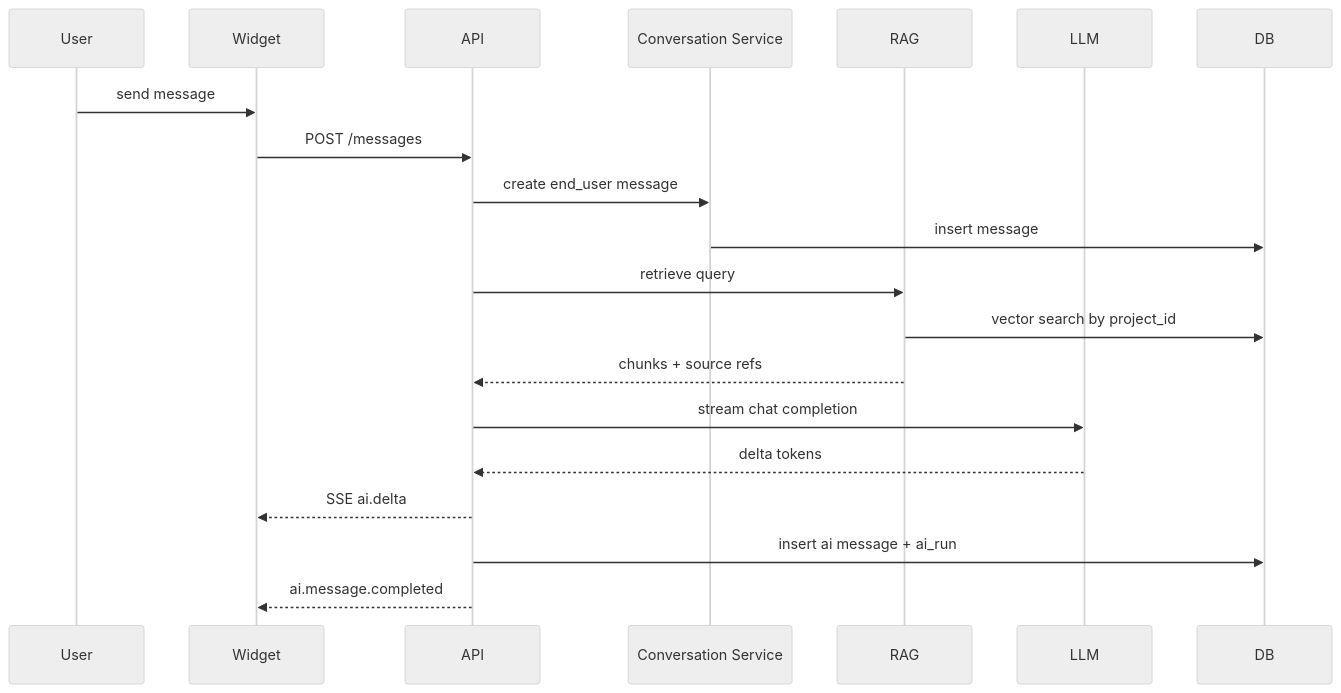
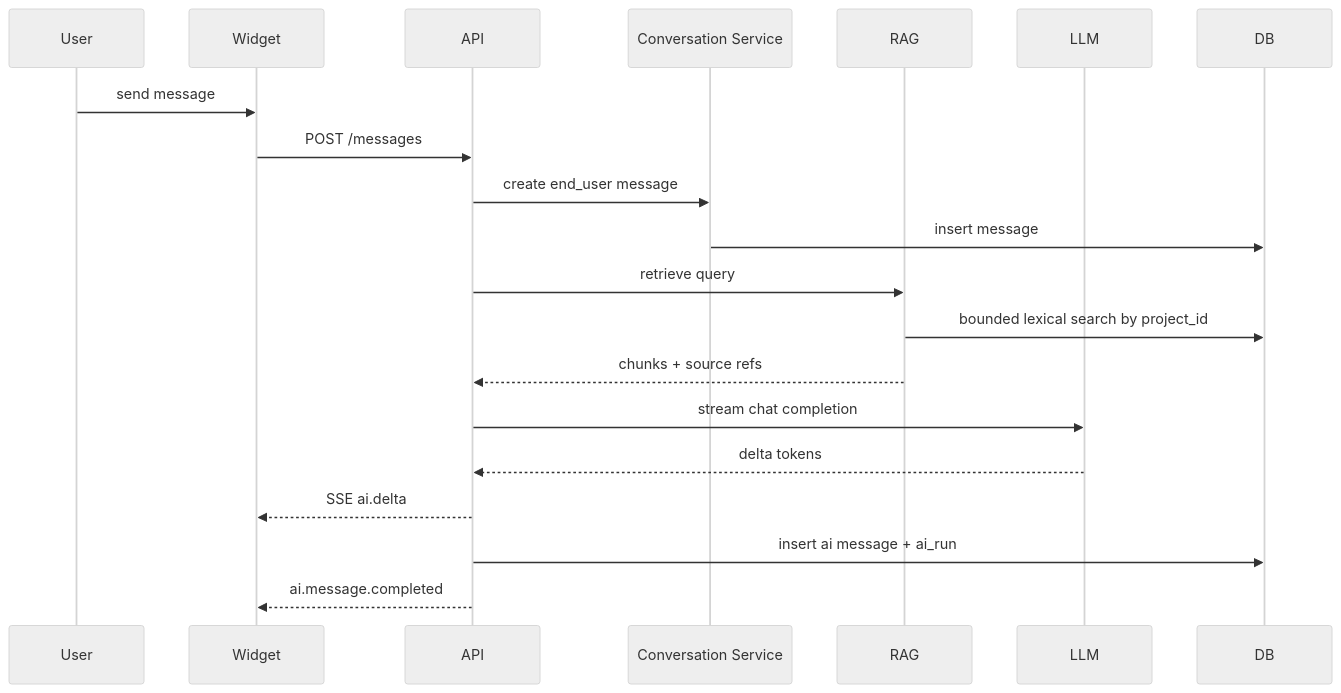
Before and after one commit to HiClawBot/OpenSupportAI: the third of 5 diagrams in docs/ARCHITECTURE.zh-CN.md, drawn with Mermaid (neutral theme). The commit also changed other lines of this file and 22 other files, not shown here.

Commit message:
Add bounded PostgreSQL lexical retrieval (#6)

````diff
--- a/docs/ARCHITECTURE.zh-CN.md
+++ b/docs/ARCHITECTURE.zh-CN.md
@@ -274,23 +276,23 @@
 ```mermaid
 sequenceDiagram
   participant User
   participant Widget
   participant API
   participant Conv as Conversation Service
   participant RAG
   participant LLM
   participant DB
 
   User->>Widget: send message
   Widget->>API: POST /messages
   API->>Conv: create end_user message
   Conv->>DB: insert message
   API->>RAG: retrieve query
-  RAG->>DB: vector search by project_id
+  RAG->>DB: bounded lexical search by project_id
   RAG-->>API: chunks + source refs
   API->>LLM: stream chat completion
   LLM-->>API: delta tokens
   API-->>Widget: SSE ai.delta
   API->>DB: insert ai message + ai_run
   API-->>Widget: ai.message.completed
 ```
````
